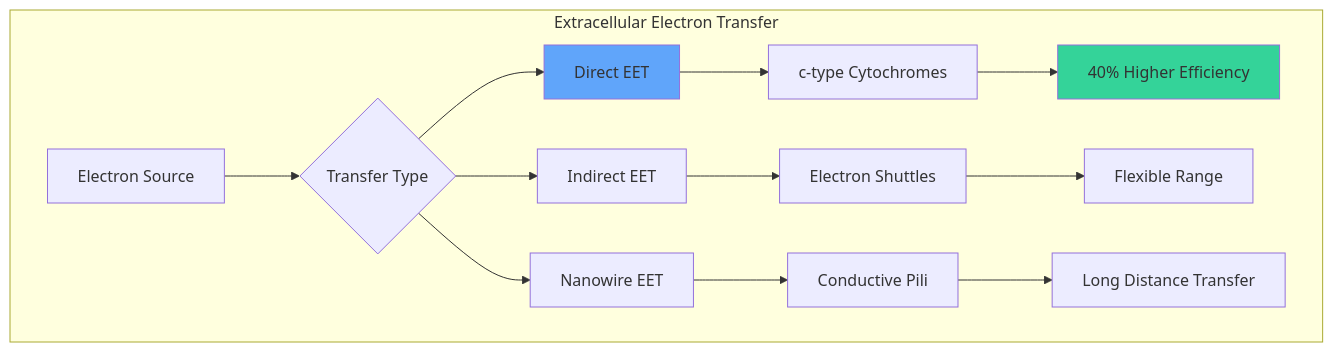
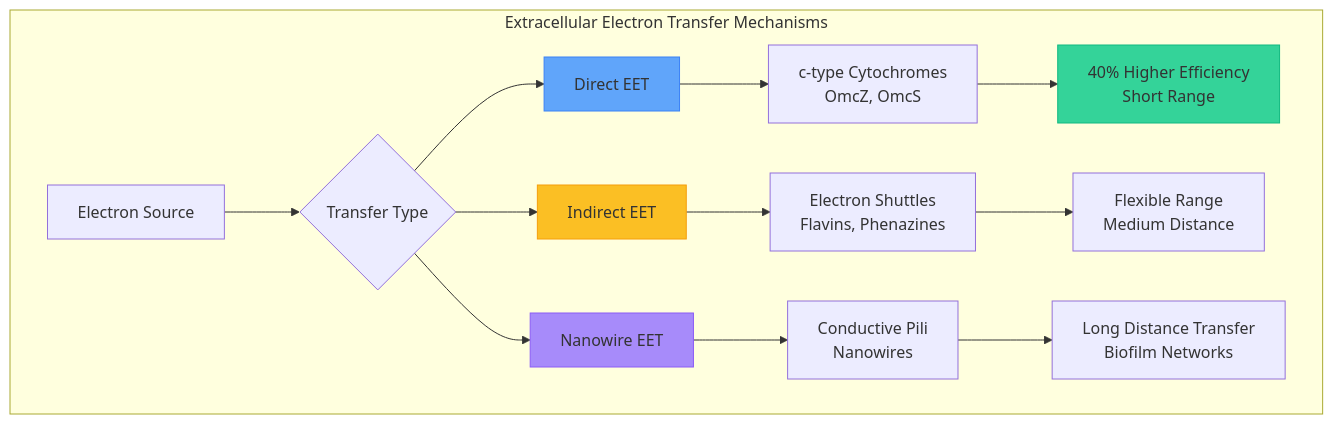
Before and after one commit to anshsharmacse/JanrakshakAI: diagram 15 of 31 in README.md, drawn with Mermaid. The commit also changed other lines of this file, not shown here.

````diff
--- a/README.md
+++ b/README.md
@@ -339,21 +460,23 @@
 ```mermaid
 graph TB
-    subgraph EET["Extracellular Electron Transfer"]
+    subgraph EET["Extracellular Electron Transfer Mechanisms"]
         A[Electron Source] --> B{Transfer Type}
         
         B --> C[Direct EET]
         B --> D[Indirect EET]
         B --> E[Nanowire EET]
         
-        C --> F[c-type Cytochromes]
-        D --> G[Electron Shuttles]
-        E --> H[Conductive Pili]
+        C --> F[c-type Cytochromes<br/>OmcZ, OmcS]
+        D --> G[Electron Shuttles<br/>Flavins, Phenazines]
+        E --> H[Conductive Pili<br/>Nanowires]
         
-        F --> I[40% Higher Efficiency]
-        G --> J[Flexible Range]
-        H --> K[Long Distance Transfer]
+        F --> I[40% Higher Efficiency<br/>Short Range]
+        G --> J[Flexible Range<br/>Medium Distance]
+        H --> K[Long Distance Transfer<br/>Biofilm Networks]
     end
     
-    style I fill:#34d399
-    style C fill:#60a5fa
+    style I fill:#34d399,stroke:#10b981
+    style C fill:#60a5fa,stroke:#3b82f6
+    style D fill:#fbbf24,stroke:#f59e0b
+    style E fill:#a78bfa,stroke:#8b5cf6
 ```
````
